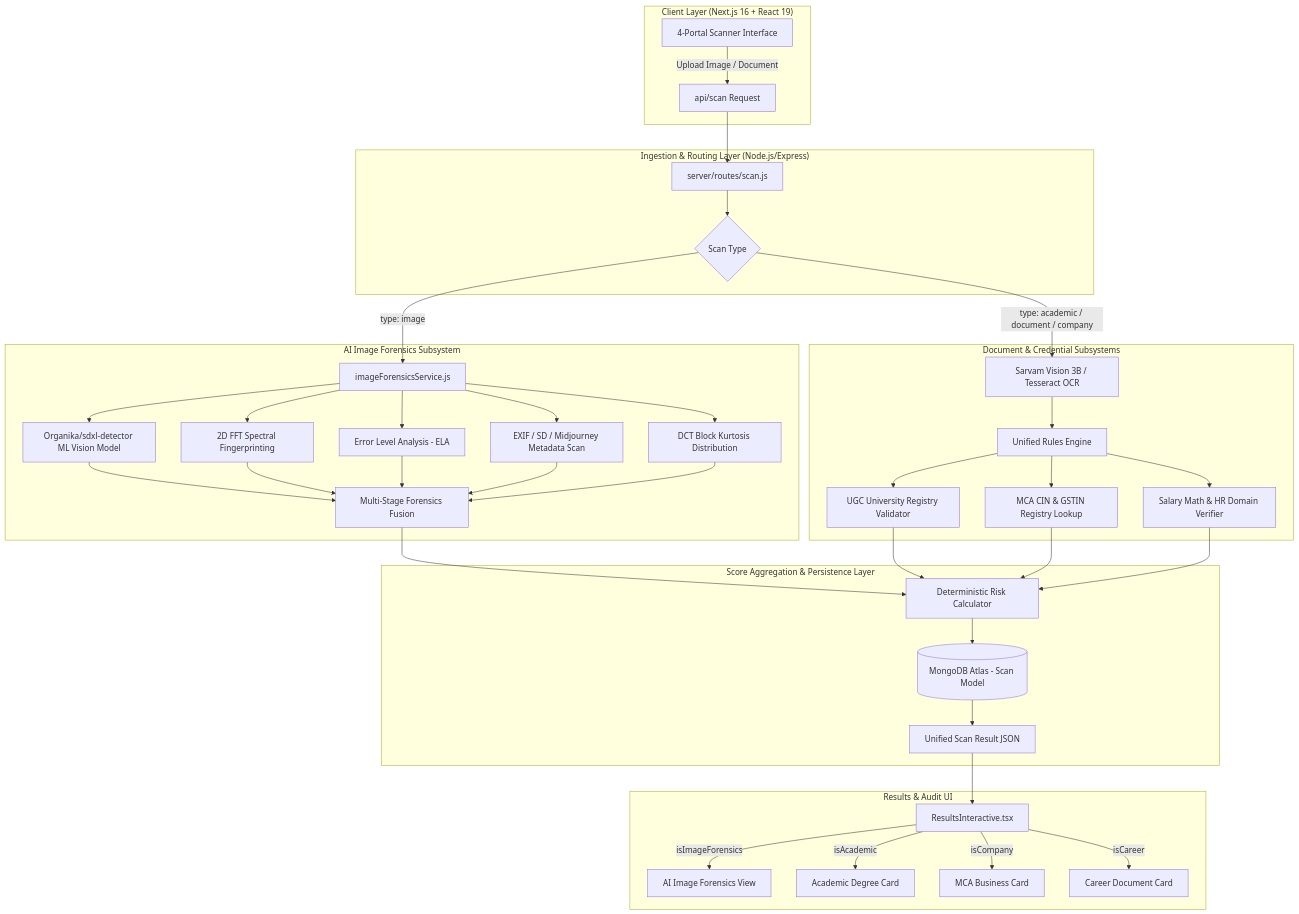
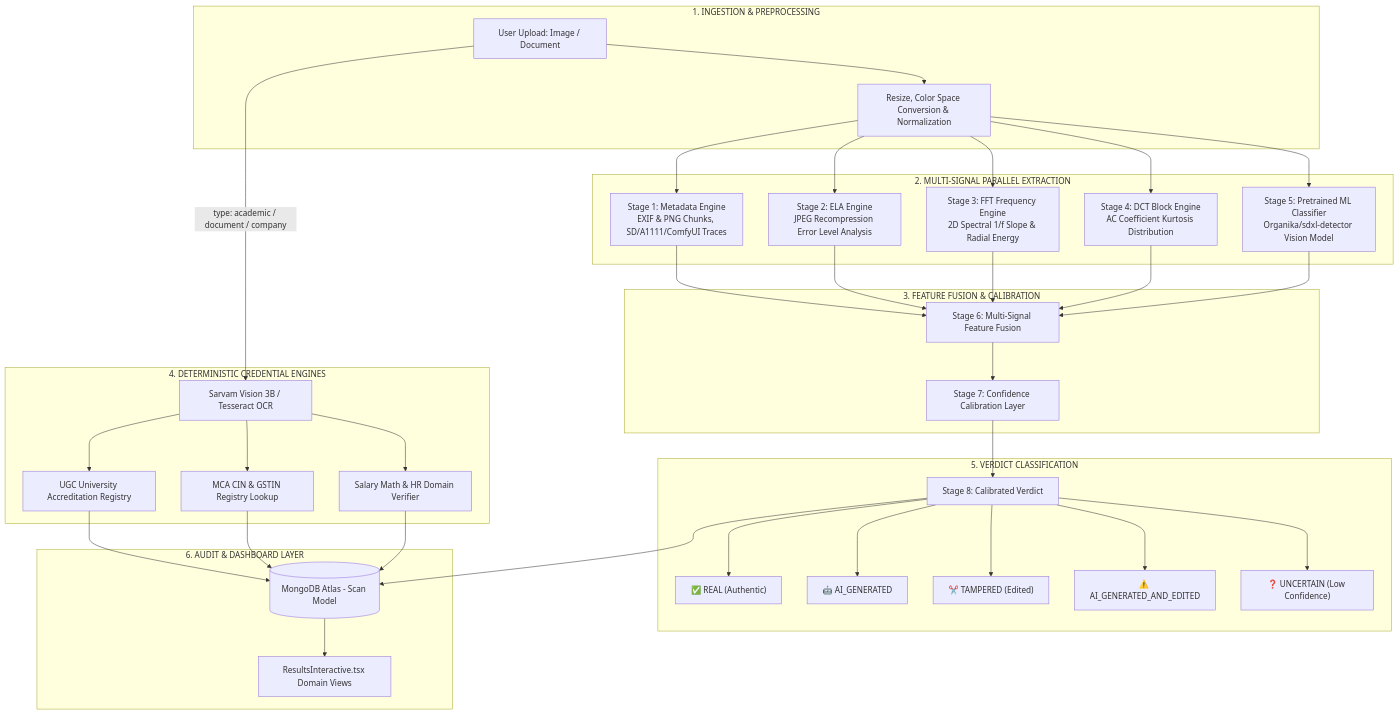
Before and after one commit to Dubey411/TrustScan: the diagram in ARCHITECTURE.md, drawn with Mermaid. The commit also changed other lines of this file, not shown here.

Commit message:
docs: calibrate architecture specification with multi-signal feature fusion, Organika/sdxl-detector scope, and benchmark matrix

````diff
--- a/ARCHITECTURE.md
+++ b/ARCHITECTURE.md
@@ -11,45 +11,40 @@
 ```mermaid
 flowchart TD
-    subgraph Client ["Client Layer (Next.js 16 + React 19)"]
-        UI[4-Portal Scanner Interface]
-        UI -->|Upload Image / Document| API_CALL[api/scan Request]
+    subgraph Ingestion ["1. INGESTION & PREPROCESSING"]
+        UPLOAD[User Upload: Image / Document] --> PRE[Resize, Color Space Conversion & Normalization]
     end
 
-    subgraph Ingestion ["Ingestion & Routing Layer (Node.js/Express)"]
-        API_CALL --> ROUTER[server/routes/scan.js]
-        ROUTER --> TYPE_SWITCH{Scan Type}
+    subgraph Signals ["2. MULTI-SIGNAL PARALLEL EXTRACTION"]
+        PRE --> S1[Stage 1: Metadata Engine<br/>EXIF & PNG Chunks, SD/A1111/ComfyUI Traces]
+        PRE --> S2[Stage 2: ELA Engine<br/>JPEG Recompression Error Level Analysis]
+        PRE --> S3[Stage 3: FFT Frequency Engine<br/>2D Spectral 1/f Slope & Radial Energy]
+        PRE --> S4[Stage 4: DCT Block Engine<br/>AC Coefficient Kurtosis Distribution]
+        PRE --> S5[Stage 5: Pretrained ML Classifier<br/>Organika/sdxl-detector Vision Model]
     end
 
-    subgraph AI_Forensics ["AI Image Forensics Subsystem"]
-        TYPE_SWITCH -->|type: image| ML_GATE[imageForensicsService.js]
-        ML_GATE --> SDXL_ML[Organika/sdxl-detector ML Vision Model]
-        ML_GATE --> FFT_ENG[2D FFT Spectral Fingerprinting]
-        ML_GATE --> ELA_ENG[Error Level Analysis - ELA]
-        ML_GATE --> EXIF_ENG[EXIF / SD / Midjourney Metadata Scan]
-        ML_GATE --> DCT_ENG[DCT Block Kurtosis Distribution]
-        
-        SDXL_ML & FFT_ENG & ELA_ENG & EXIF_ENG & DCT_ENG --> FUSION[Multi-Stage Forensics Fusion]
+    subgraph Fusion ["3. FEATURE FUSION & CALIBRATION"]
+        S1 & S2 & S3 & S4 & S5 --> FUS[Stage 6: Multi-Signal Feature Fusion]
+        FUS --> CAL[Stage 7: Confidence Calibration Layer]
     end
 
-    subgraph Doc_Pipeline ["Document & Credential Subsystems"]
-        TYPE_SWITCH -->|type: academic / document / company| OCR[Sarvam Vision 3B / Tesseract OCR]
-        OCR --> RULES[Unified Rules Engine]
-        RULES --> UGC[UGC University Registry Validator]
-        RULES --> MCA[MCA CIN & GSTIN Registry Lookup]
-        RULES --> CTC[Salary Math & HR Domain Verifier]
+    subgraph Doc_Engine ["4. DETERMINISTIC CREDENTIAL ENGINES"]
+        UPLOAD -->|type: academic / document / company| OCR[Sarvam Vision 3B / Tesseract OCR]
+        OCR --> UGC[UGC University Accreditation Registry]
+        OCR --> MCA[MCA CIN & GSTIN Registry Lookup]
+        OCR --> CTC[Salary Math & HR Domain Verifier]
     end
 
-    subgraph Aggregation ["Score Aggregation & Persistence Layer"]
-        FUSION & UGC & MCA & CTC --> RISK_CALC[Deterministic Risk Calculator]
-        RISK_CALC --> MONGO[(MongoDB Atlas - Scan Model)]
-        MONGO --> JSON_RESP[Unified Scan Result JSON]
+    subgraph Verdict ["5. VERDICT CLASSIFICATION"]
+        CAL --> V_OUT[Stage 8: Calibrated Verdict]
+        V_OUT --> V_REAL["✅ REAL (Authentic)"]
+        V_OUT --> V_AI["🤖 AI_GENERATED"]
+        V_OUT --> V_TAMP["✂️ TAMPERED (Edited)"]
+        V_OUT --> V_AI_TAMP["⚠️ AI_GENERATED_AND_EDITED"]
+        V_OUT --> V_UNC["❓ UNCERTAIN (Low Confidence)"]
     end
 
-    subgraph Dashboard ["Results & Audit UI"]
-        JSON_RESP --> RESULTS[ResultsInteractive.tsx]
-        RESULTS -->|isImageForensics| AI_CARD[AI Image Forensics View]
-        RESULTS -->|isAcademic| ACAD_CARD[Academic Degree Card]
-        RESULTS -->|isCompany| CORP_CARD[MCA Business Card]
-        RESULTS -->|isCareer| CAREER_CARD[Career Document Card]
+    subgraph Output ["6. AUDIT & DASHBOARD LAYER"]
+        V_OUT & UGC & MCA & CTC --> MONGO[(MongoDB Atlas - Scan Model)]
+        MONGO --> DASH[ResultsInteractive.tsx Domain Views]
     end
 ```
````
